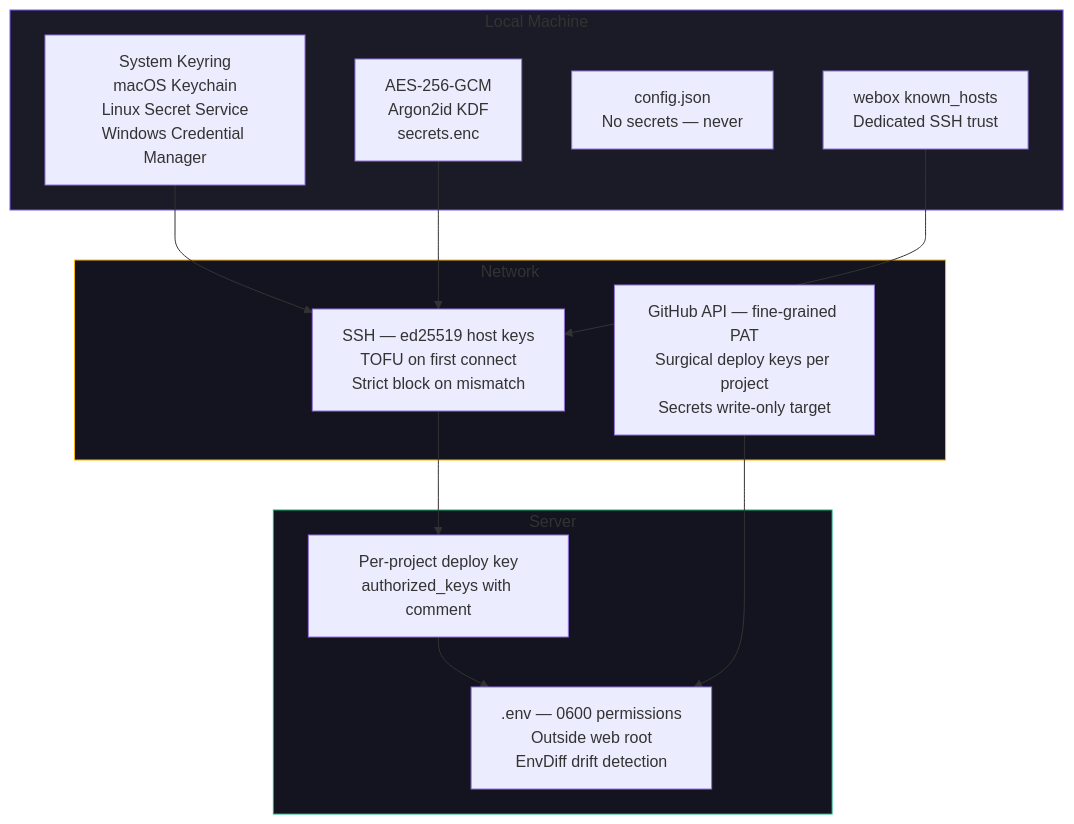
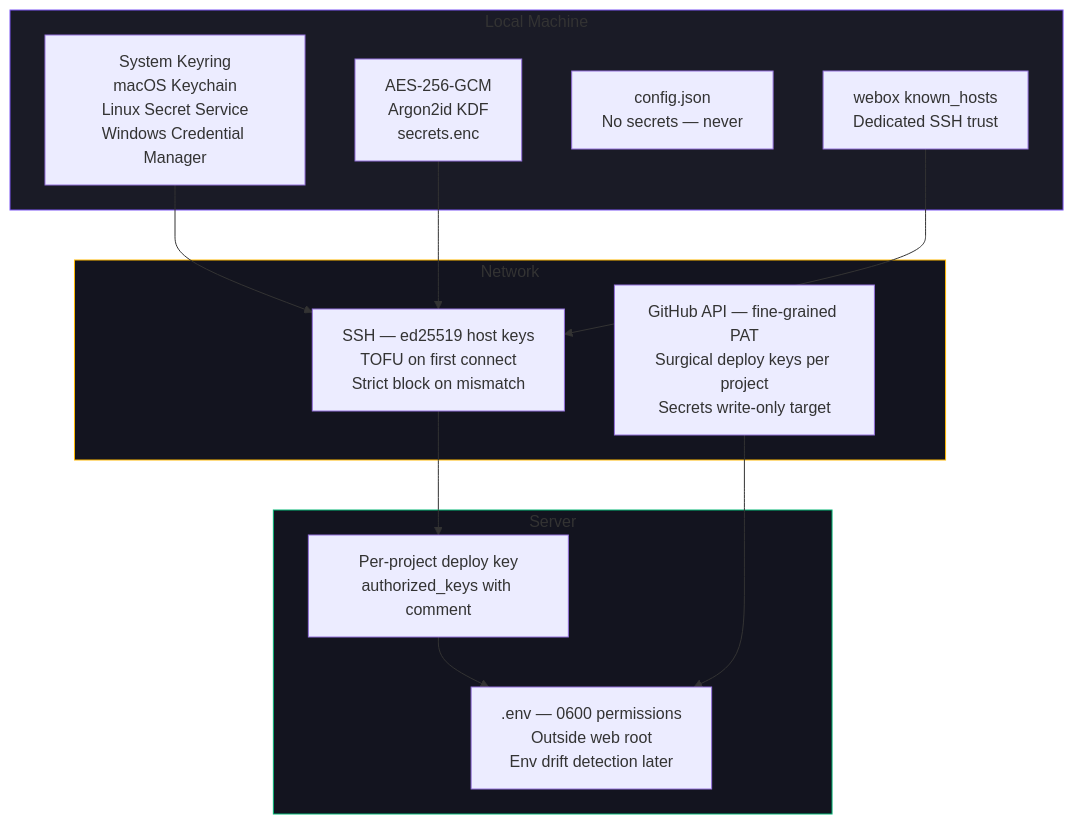
The fifth of 6 diagrams in README.md (dilitS/webox), drawn with Mermaid before and after one commit. The commit also changed other lines of this file and 33 other files, not shown here.

````diff
--- a/README.md
+++ b/README.md
@@ -249,30 +261,30 @@
 ```mermaid
 flowchart TB
     subgraph Local["Local Machine"]
         Keyring["System Keyring<br/>macOS Keychain<br/>Linux Secret Service<br/>Windows Credential Manager"]
         Fallback["AES-256-GCM<br/>Argon2id KDF<br/>secrets.enc"]
         Config["config.json<br/>No secrets — never"]
         Known["webox known_hosts<br/>Dedicated SSH trust"]
     end
 
     subgraph Network["Network"]
         SSH["SSH — ed25519 host keys<br/>TOFU on first connect<br/>Strict block on mismatch"]
         GHA["GitHub API — fine-grained PAT<br/>Surgical deploy keys per project<br/>Secrets write-only target"]
     end
 
     subgraph Server["Server"]
         DeployKey["Per-project deploy key<br/>authorized_keys with comment"]
-        EnvFile[".env — 0600 permissions<br/>Outside web root<br/>EnvDiff drift detection"]
+        EnvFile[".env — 0600 permissions<br/>Outside web root<br/>Env drift detection later"]
     end
 
     Keyring --> SSH
     Fallback --> SSH
     Known --> SSH
     SSH --> DeployKey
     DeployKey --> EnvFile
     GHA --> EnvFile
 
     style Local fill:#1a1b26,stroke:#7d56f4
     style Network fill:#13141f,stroke:#ffb800
     style Server fill:#13141f,stroke:#04b575
 ```
````
